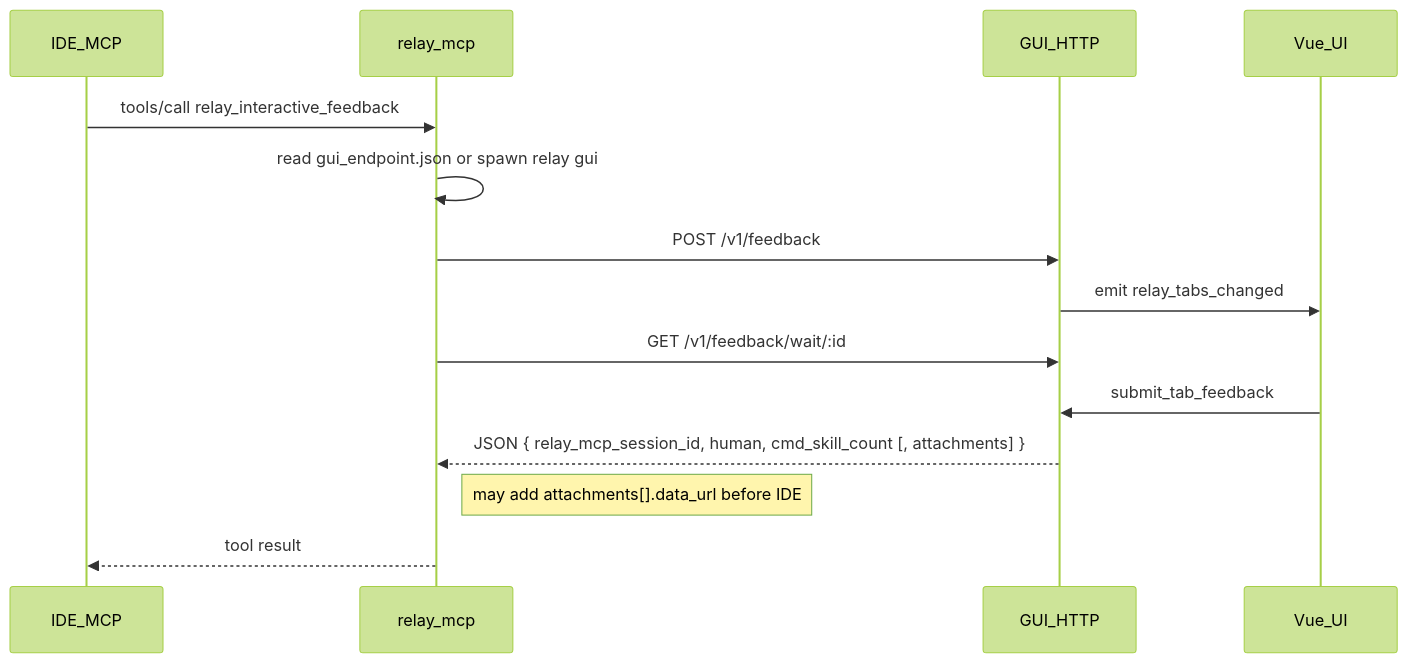
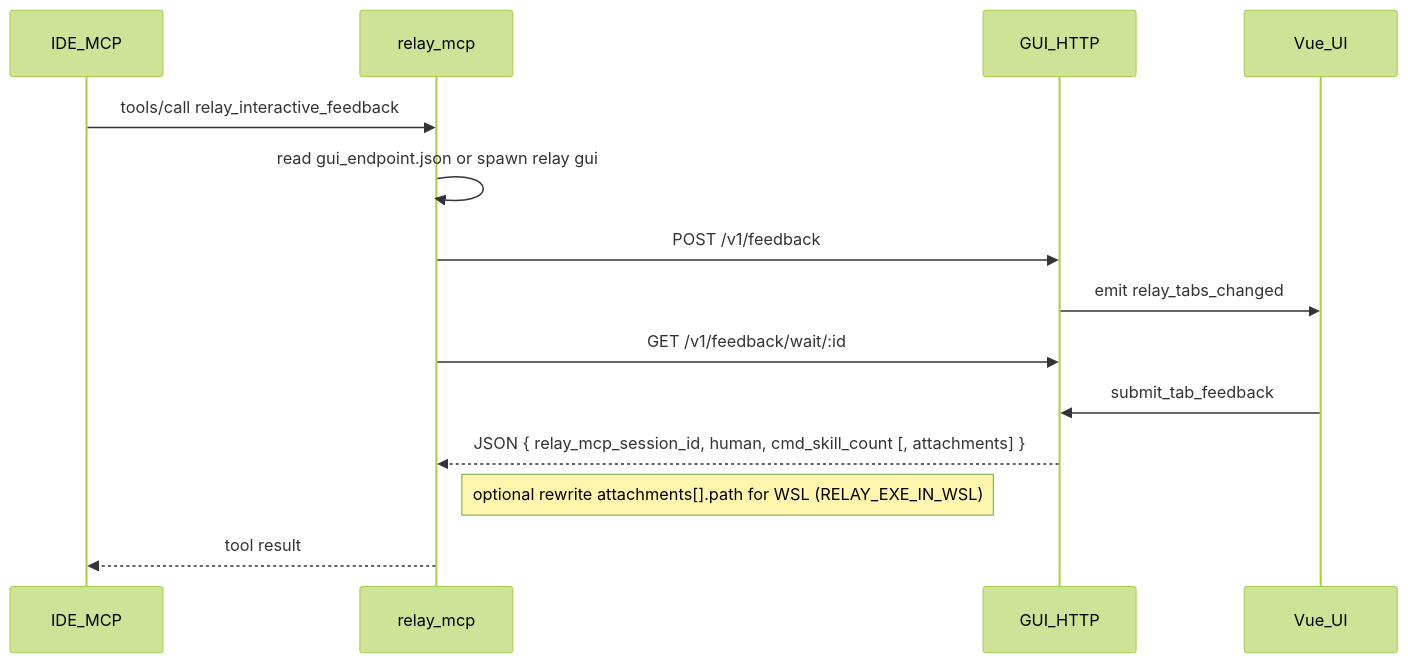
Before and after one commit to andeya/ide-relay-mcp: the diagram in docs/HTTP_IPC.md, drawn with Mermaid (forest theme). The commit also changed other lines of this file, not shown here.

````diff
--- a/docs/HTTP_IPC.md
+++ b/docs/HTTP_IPC.md
@@ -5,17 +5,17 @@
 ```mermaid
 sequenceDiagram
     participant IDE as IDE_MCP
     participant Mcp as relay_mcp
     participant Http as GUI_HTTP
     participant UI as Vue_UI
 
     IDE->>Mcp: tools/call relay_interactive_feedback
     Mcp->>Mcp: read gui_endpoint.json or spawn relay gui
     Mcp->>Http: POST /v1/feedback
     Http->>UI: emit relay_tabs_changed
     Mcp->>Http: GET /v1/feedback/wait/:id
     UI->>Http: submit_tab_feedback
     Http-->>Mcp: JSON { relay_mcp_session_id, human, cmd_skill_count [, attachments] }
-    Note right of Mcp: may add attachments[].data_url before IDE
+    Note right of Mcp: optional rewrite attachments[].path for WSL (RELAY_EXE_IN_WSL)
     Mcp-->>IDE: tool result
 ```
````
